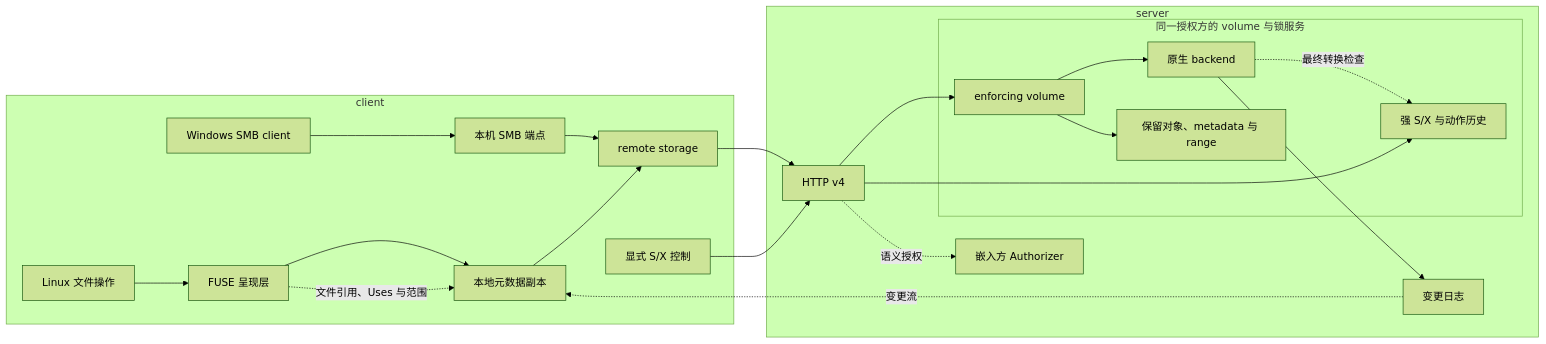
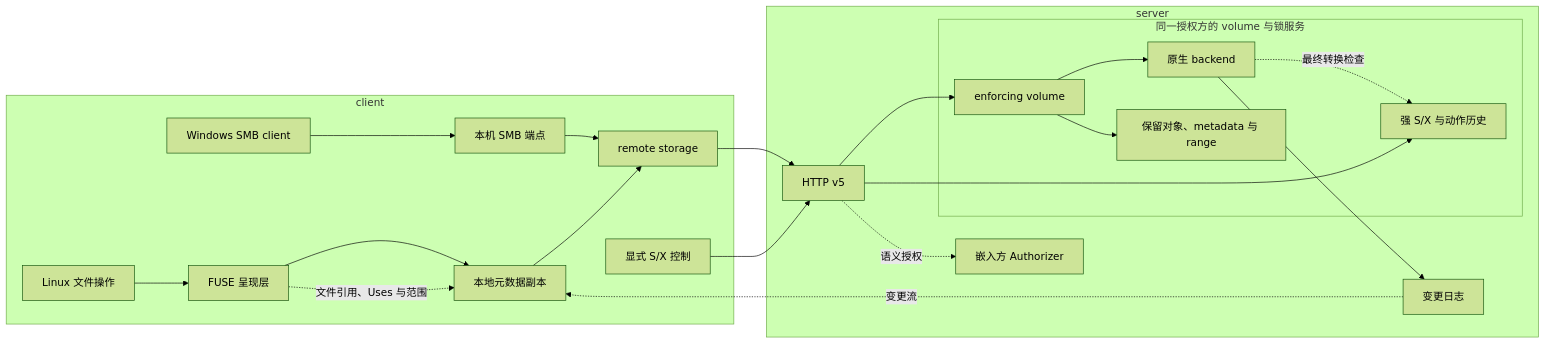
Before and after one commit to codetreker/remote-fs: the diagram in docs/design/architecture.md, drawn with Mermaid (forest theme). The commit also changed other lines of this file and 114 other files, not shown here.

````diff
--- a/docs/design/architecture.md
+++ b/docs/design/architecture.md
@@ -17,29 +17,29 @@
 ```mermaid
 flowchart LR
     subgraph client[client]
         LinuxApp[Linux 文件操作] --> Fuse[FUSE 呈现层]
         WindowsApp[Windows SMB client] --> SMB[本机 SMB 端点]
         Fuse --> Replica[本地元数据副本]
         SMB --> Remote
         Replica --> Remote[remote storage]
         SDK[显式 S/X 控制]
         Fuse -. 文件引用、Uses 与范围 .-> Replica
     end
     subgraph server[server]
-        HTTP[HTTP v4]
+        HTTP[HTTP v5]
         subgraph Pair[同一授权方的 volume 与锁服务]
             volume[enforcing volume] --> Backend[原生 backend]
             Authority[强 S/X 与动作历史]
             Files[保留对象、metadata 与 range]
             volume --> Files
             Backend -. 最终转换检查 .-> Authority
         end
         HTTP -. 语义授权 .-> Policy[嵌入方 Authorizer]
         HTTP --> volume
         HTTP --> Authority
         Backend --> Log[变更日志]
     end
     Remote --> HTTP
     SDK --> HTTP
     Log -. 变更流 .-> Replica
 ```
````
